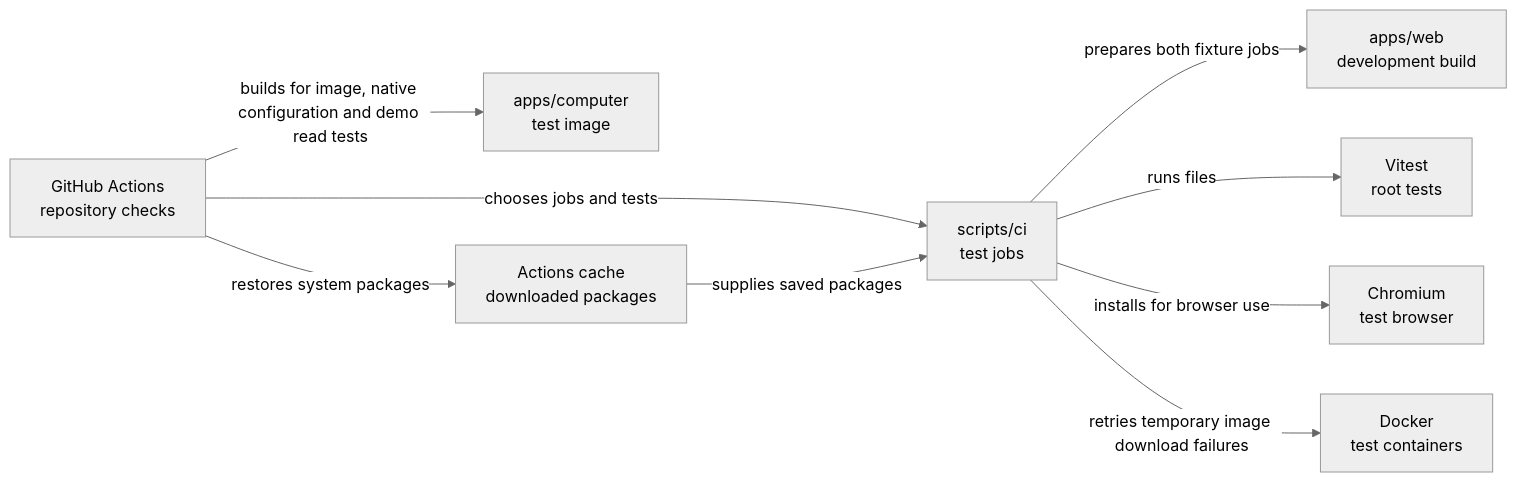
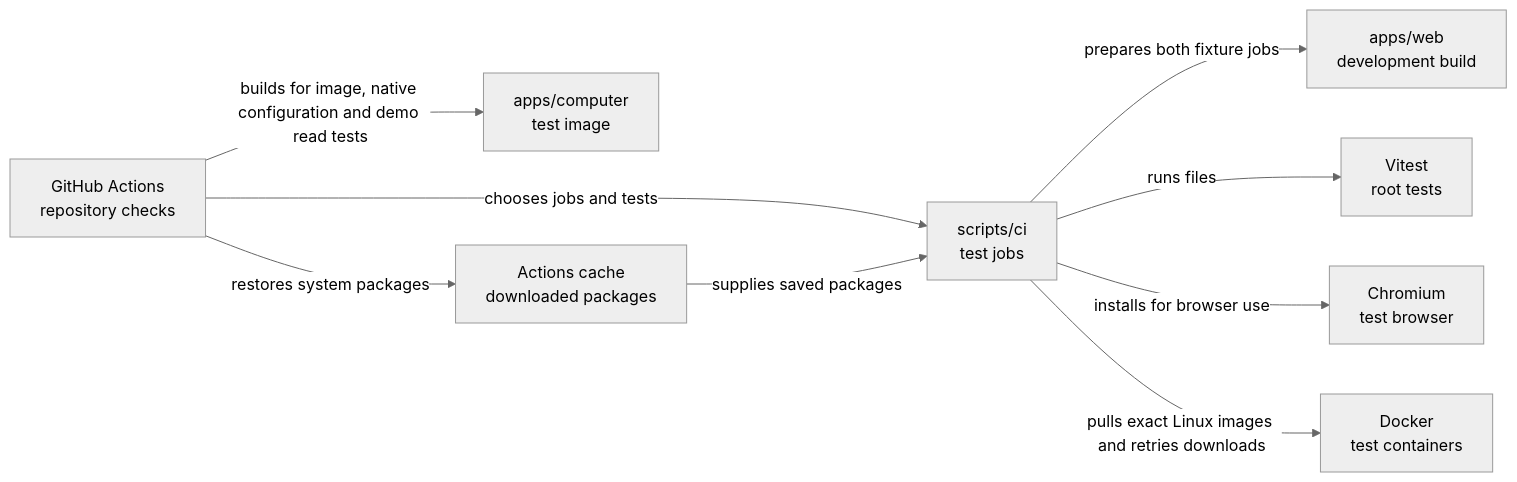
Before and after one commit to elewa-git/opencrane-new: the diagram in scripts/ci/README.md, drawn with Mermaid (neutral theme). The commit also changed other lines of this file and 19 other files, not shown here.

First line of the commit message:
🧰 CI pulls the exact amd64 build of each test image, so missing mirror attestations no longer fail builds (#805)

````diff
--- a/scripts/ci/README.md
+++ b/scripts/ci/README.md
@@ -13,11 +13,11 @@
 ```mermaid
 flowchart LR
   actions["GitHub Actions<br/>repository checks"] -->|chooses jobs and tests| ci["scripts/ci<br/>test jobs"]
   ci -->|prepares both fixture jobs| web["apps/web<br/>development build"]
   ci -->|runs files| vitest["Vitest<br/>root tests"]
   actions -->|builds for image, native configuration and demo read tests| computer["apps/computer<br/>test image"]
   ci -->|installs for browser use| chromium["Chromium<br/>test browser"]
-  ci -->|retries temporary image download failures| docker["Docker<br/>test containers"]
+  ci -->|pulls exact Linux images and retries downloads| docker["Docker<br/>test containers"]
   actions -->|restores system packages| cache["Actions cache<br/>downloaded packages"]
   cache -->|supplies saved packages| ci
 ```
````
